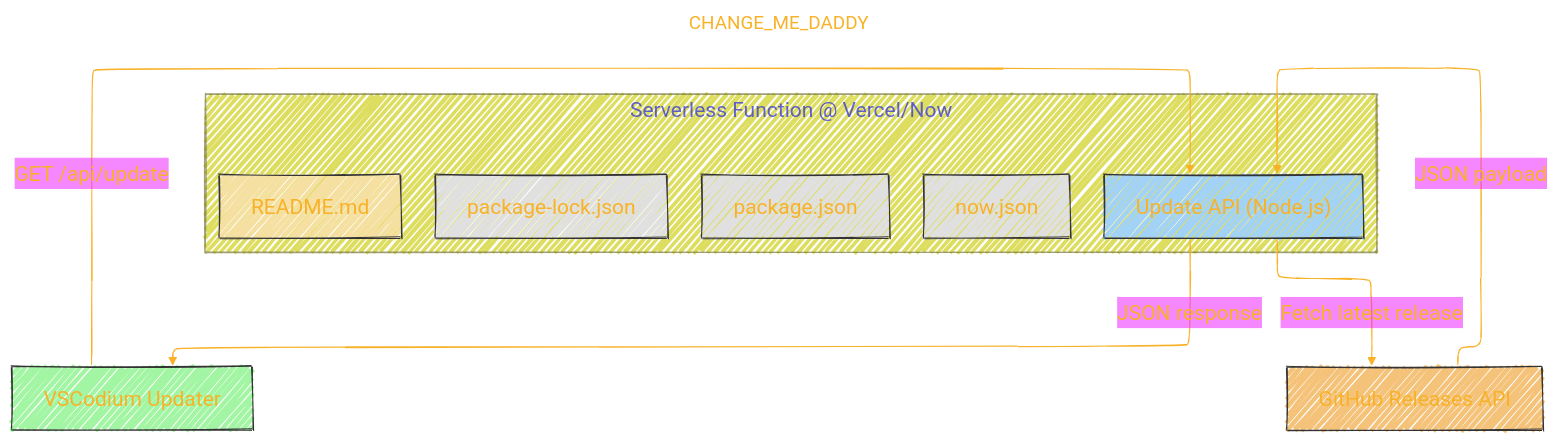
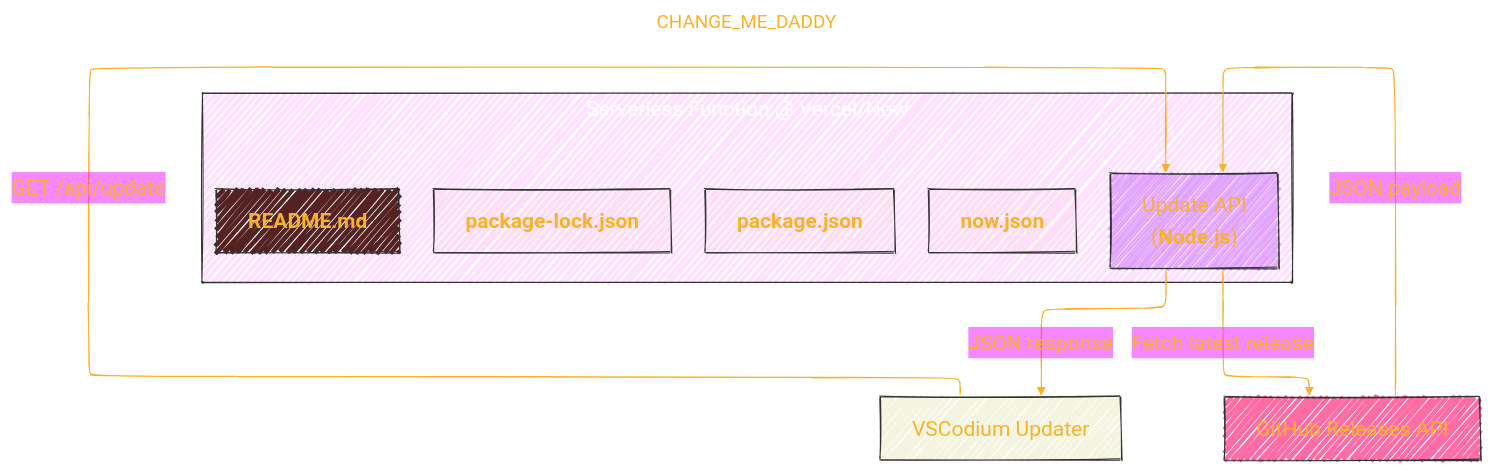
The first of 2 diagrams in VSCodium/update-api.md (CongLeSolutionX/ArchExplorer), drawn with Mermaid before and after one commit.

Commit message:
update notes

````diff
--- a/VSCodium/update-api.md
+++ b/VSCodium/update-api.md
@@ -45,69 +45,70 @@
 ```mermaid
 ---
 title: "CHANGE_ME_DADDY"
 author: "Cong Le"
 version: "1.0"
 license(s): "MIT, CC BY-SA 4.0"
 copyright: "Copyright (c) 2025 Cong Le. All Rights Reserved."
 config:
   layout: elk
   theme: base
   look: handDrawn
 ---
 %%%%%%%% Mermaid version v11.4.1-b.14
 %%%%%%%% Available curve styles include the following keywords:
 %% basis, bumpX, bumpY, cardinal, catmullRom, linear, monotoneX, monotoneY, natural, step, stepAfter, stepBefore.
 %%{
   init: {
     'flowchart': { 'htmlLabels': true, 'curve': 'basis' },
     'fontFamily': 'American Typewriter, monospace',
     'logLevel': 'fatal',
     'themeVariables': {
       'primaryColor': '#22BB',
       'primaryTextColor': '#F8B229',
       'lineColor': '#F8B229',
       'primaryBorderColor': '#27AE60',
       'secondaryColor': '#E2F1',
       'secondaryTextColor': '#6C3483',
       'secondaryBorderColor': '#A569BD',
       'fontSize': '20px'
     }
   }
 }%%
 flowchart TB
     %% Clients
     VSCodium["VSCodium Updater"]:::client
 
-    %% Serverless Function Environment
-    subgraph "Serverless Function @ Vercel/Now"
-        API["Update API (Node.js)"]:::function
-        Config["now.json"]:::config
-        PackageJson["package.json"]:::config
-        PackageLock["package-lock.json"]:::config
-        Doc["README.md"]:::docs
+    subgraph Serverless_Function_Environment["Serverless Function @ Vercel/Now"]
+    style Serverless_Function_Environment fill:#F2F2,stroke:#333,stroke-width:1px, color: #FFFF
+    
+        API["Update API<br/>(<b>Node.js</b>)"]:::function
+        Config["<b>now.json</b>"]:::config
+        PackageJson["<b>package.json</b>"]:::config
+        PackageLock["<b>package-lock.json</b>"]:::config
+        Doc["<b>README.md</b>"]:::docs
     end
 
     %% External Service
     GitHub["GitHub Releases API"]:::external
 
     %% Interactions
     VSCodium -->|"GET /api/update"| API
     API -->|"Fetch latest release"| GitHub
     GitHub -->|"JSON payload"| API
     API -->|"JSON response"| VSCodium
 
     %% Click Events
     click API "https://github.com/vscodium/update-api/blob/master/api/update/index.js"
     click Config "https://github.com/vscodium/update-api/blob/master/now.json"
     click PackageJson "https://github.com/vscodium/update-api/blob/master/package.json"
     click PackageLock "https://github.com/vscodium/update-api/blob/master/package-lock.json"
     click Doc "https://github.com/vscodium/update-api/blob/master/README.md"
 
     %% Styles
-    classDef client fill:#a2f5a2,stroke:#333,stroke-width:1px
-    classDef function fill:#a2d2f5,stroke:#333,stroke-width:1px
-    classDef external fill:#f5c27a,stroke:#333,stroke-width:1px
-    classDef config fill:#e0e0e0,stroke:#333,stroke-width:1px
-    classDef docs fill:#f5e0a2,stroke:#333,stroke-width:1px
+    classDef client fill:#aa22,stroke:#333,stroke-width:1px
+    classDef function fill:#a2f5,stroke:#333,stroke-width:1px
+    classDef external fill:#f27a,stroke:#333,stroke-width:1px
+    classDef config fill:#eBB2,stroke:#333,stroke-width:1px
+    classDef docs fill:#522,stroke:#333,stroke-width:1px
 
 ```
````
